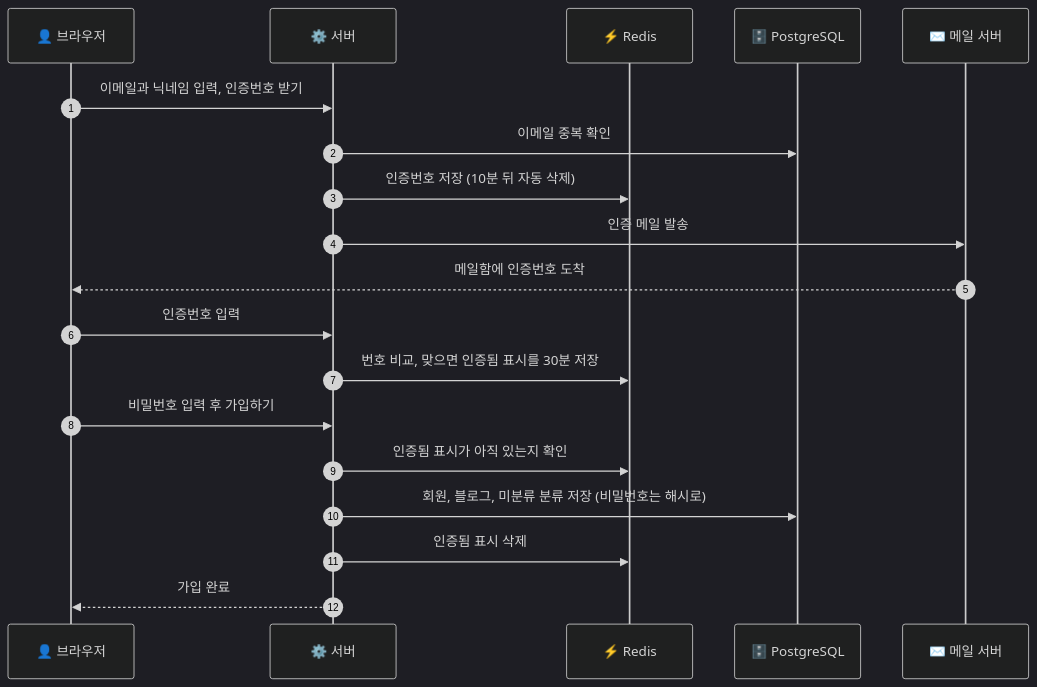
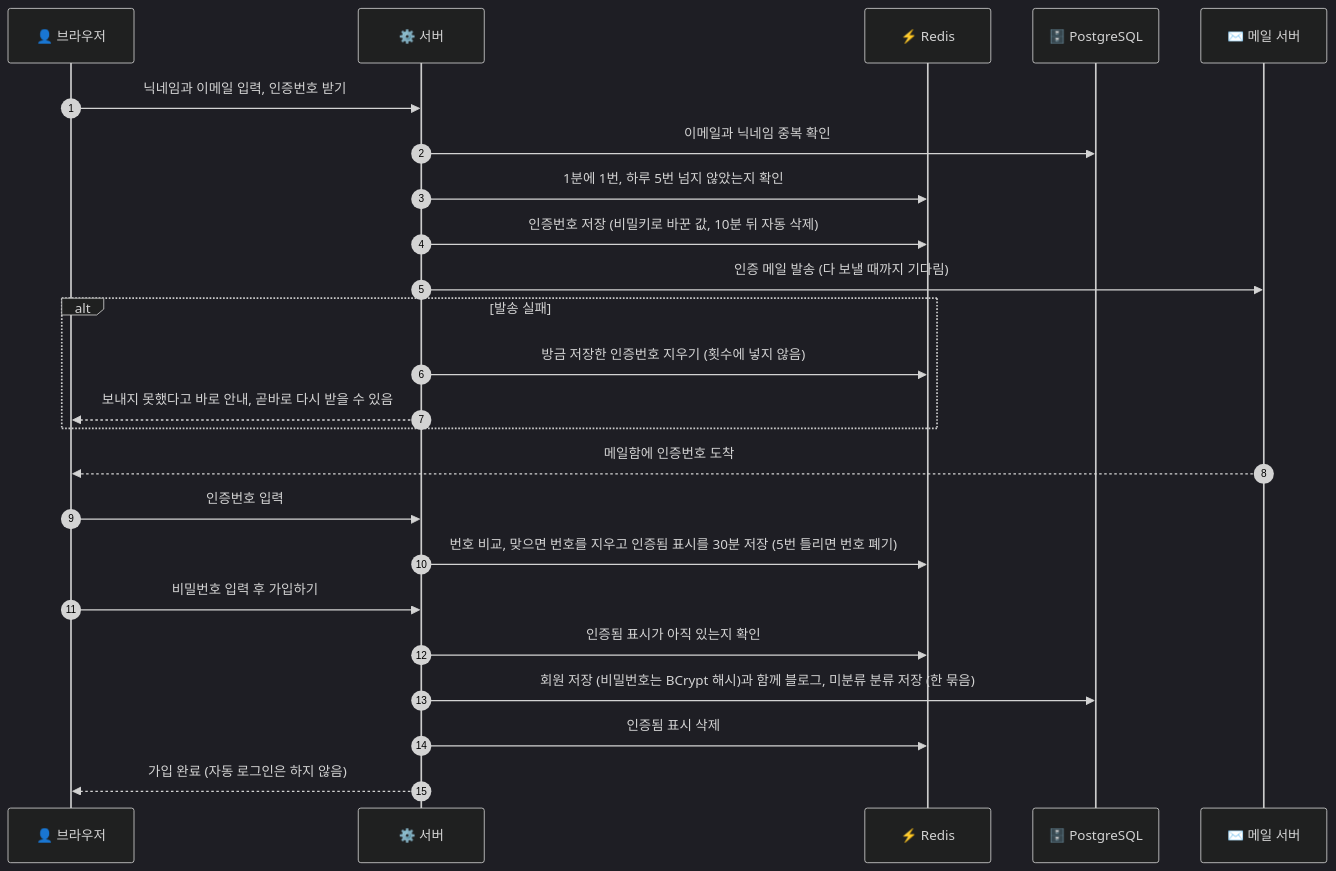
One commit to home-blog/docs changed the diagram in docs/3-설계/그림/원본/04-회원가입과이메일인증.mmd. Above: the diagram before and after it, drawn with Mermaid (dark theme). The commit also changed 17 other files, not shown here.

```diff
--- a/docs/3-설계/그림/원본/04-회원가입과이메일인증.mmd
+++ b/docs/3-설계/그림/원본/04-회원가입과이메일인증.mmd
@@ -1,20 +1,25 @@
 sequenceDiagram
   autonumber
   participant B as 👤 브라우저
   participant S as ⚙️ 서버
   participant R as ⚡ Redis
   participant D as 🗄️ PostgreSQL
   participant M as ✉️ 메일 서버
 
-  B->>S: 이메일과 닉네임 입력, 인증번호 받기
-  S->>D: 이메일 중복 확인
-  S->>R: 인증번호 저장 (10분 뒤 자동 삭제)
-  S->>M: 인증 메일 발송
+  B->>S: 닉네임과 이메일 입력, 인증번호 받기
+  S->>D: 이메일과 닉네임 중복 확인
+  S->>R: 1분에 1번, 하루 5번 넘지 않았는지 확인
+  S->>R: 인증번호 저장 (비밀키로 바꾼 값, 10분 뒤 자동 삭제)
+  S->>M: 인증 메일 발송 (다 보낼 때까지 기다림)
+  alt 발송 실패
+    S->>R: 방금 저장한 인증번호 지우기 (횟수에 넣지 않음)
+    S-->>B: 보내지 못했다고 바로 안내, 곧바로 다시 받을 수 있음
+  end
   M-->>B: 메일함에 인증번호 도착
   B->>S: 인증번호 입력
-  S->>R: 번호 비교, 맞으면 인증됨 표시를 30분 저장
+  S->>R: 번호 비교, 맞으면 번호를 지우고 인증됨 표시를 30분 저장 (5번 틀리면 번호 폐기)
   B->>S: 비밀번호 입력 후 가입하기
   S->>R: 인증됨 표시가 아직 있는지 확인
-  S->>D: 회원, 블로그, 미분류 분류 저장 (비밀번호는 해시로)
+  S->>D: 회원 저장 (비밀번호는 BCrypt 해시)과 함께 블로그, 미분류 분류 저장 (한 묶음)
   S->>R: 인증됨 표시 삭제
-  S-->>B: 가입 완료
+  S-->>B: 가입 완료 (자동 로그인은 하지 않음)
```
